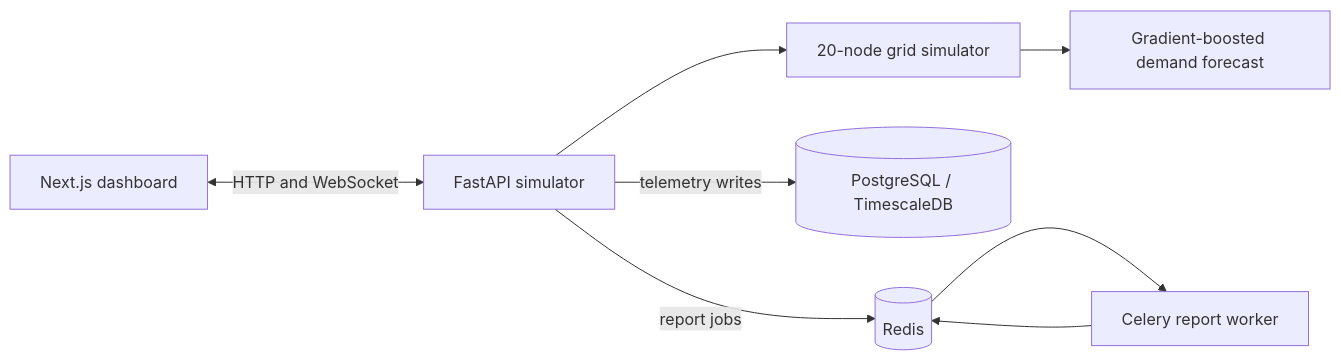
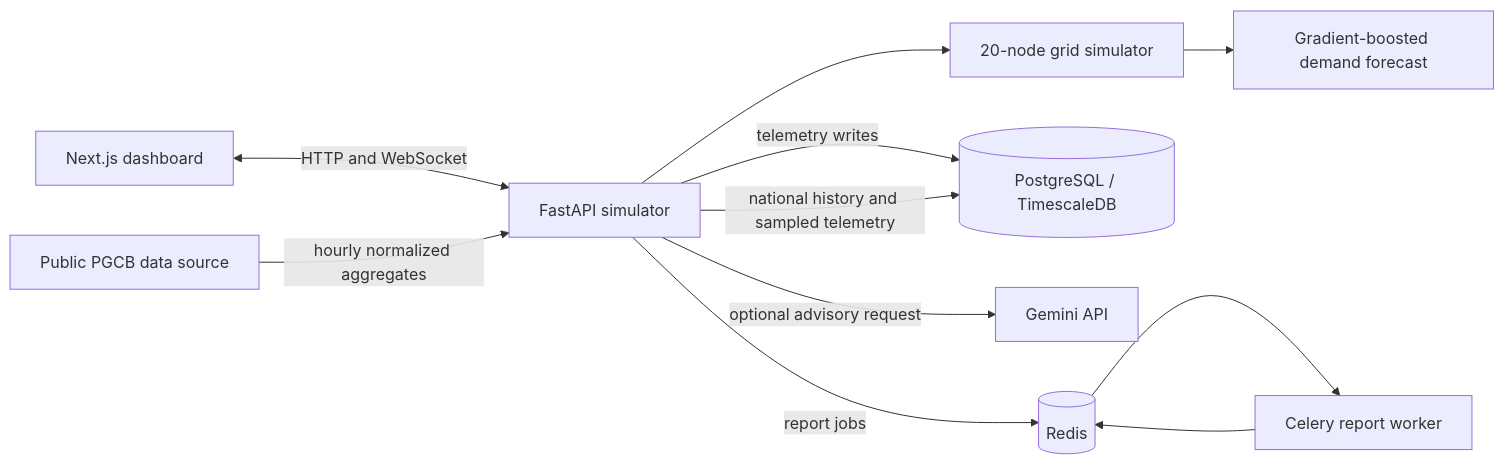
The diagram in README.md (Ahana664/GridPulse), drawn with Mermaid before and after one commit. The commit also changed other lines of this file and 56 other files, not shown here.

````diff
--- a/README.md
+++ b/README.md
@@ -51,10 +53,13 @@
 ```mermaid
 flowchart LR
 	Browser[Next.js dashboard] <-->|HTTP and WebSocket| API[FastAPI simulator]
 	API --> Sim[20-node grid simulator]
 	Sim --> Forecast[Gradient-boosted demand forecast]
 	API -->|telemetry writes| DB[(PostgreSQL / TimescaleDB)]
+	Source[Public PGCB data source] -->|hourly normalized aggregates| API
+	API -->|national history and sampled telemetry| DB
+	API -->|optional advisory request| Gemini[Gemini API]
 	API -->|report jobs| Redis[(Redis)]
 	Redis --> Worker[Celery report worker]
 	Worker --> Redis
 ```
````
